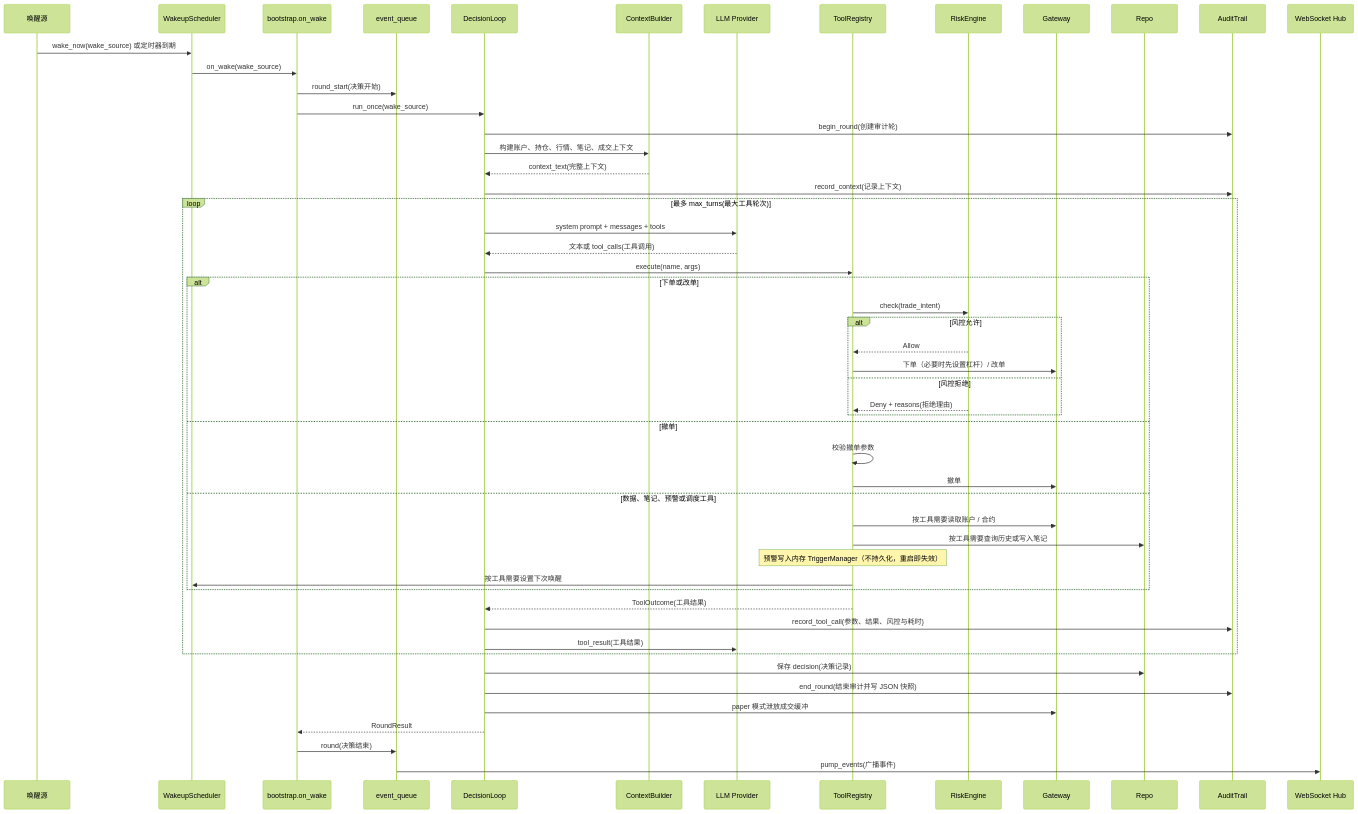
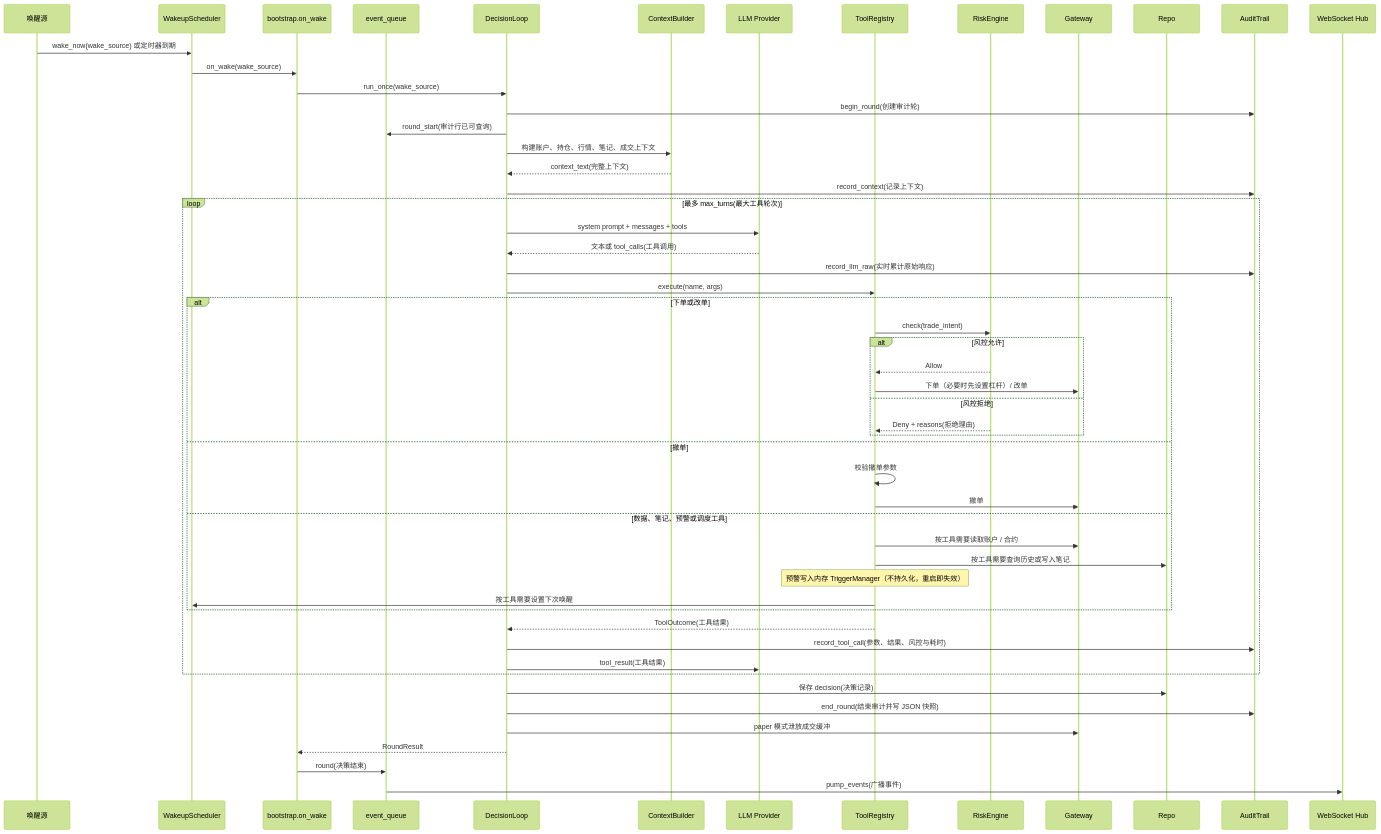
The fifth of 7 diagrams in docs/ARCHITECTURE.md (djfch/llm_transaction), drawn with Mermaid (forest theme) before and after one commit. The commit also changed other lines of this file and 16 other files, not shown here.

````diff
--- a/docs/ARCHITECTURE.md
+++ b/docs/ARCHITECTURE.md
@@ -164,56 +164,57 @@
 ```mermaid
 sequenceDiagram
     participant WakeSource as 唤醒源
     participant Scheduler as WakeupScheduler
     participant Callback as bootstrap.on_wake
     participant Queue as event_queue
     participant Decision as DecisionLoop
     participant Context as ContextBuilder
     participant LLM as LLM Provider
     participant Tools as ToolRegistry
     participant Risk as RiskEngine
     participant Gateway as Gateway
     participant Repo as Repo
     participant Audit as AuditTrail
     participant Hub as WebSocket Hub
 
     WakeSource->>Scheduler: wake_now(wake_source) 或定时器到期
     Scheduler->>Callback: on_wake(wake_source)
-    Callback->>Queue: round_start(决策开始)
     Callback->>Decision: run_once(wake_source)
     Decision->>Audit: begin_round(创建审计轮)
+    Decision->>Queue: round_start(审计行已可查询)
     Decision->>Context: 构建账户、持仓、行情、笔记、成交上下文
     Context-->>Decision: context_text(完整上下文)
     Decision->>Audit: record_context(记录上下文)
     loop 最多 max_turns(最大工具轮次)
         Decision->>LLM: system prompt + messages + tools
         LLM-->>Decision: 文本或 tool_calls(工具调用)
+        Decision->>Audit: record_llm_raw(实时累计原始响应)
         Decision->>Tools: execute(name, args)
         alt 下单或改单
             Tools->>Risk: check(trade_intent)
             alt 风控允许
                 Risk-->>Tools: Allow
                 Tools->>Gateway: 下单（必要时先设置杠杆）/ 改单
             else 风控拒绝
                 Risk-->>Tools: Deny + reasons(拒绝理由)
             end
         else 撤单
             Tools->>Tools: 校验撤单参数
             Tools->>Gateway: 撤单
         else 数据、笔记、预警或调度工具
             Tools->>Gateway: 按工具需要读取账户 / 合约
             Tools->>Repo: 按工具需要查询历史或写入笔记
             Note over Tools: 预警写入内存 TriggerManager（不持久化，重启即失效）
             Tools->>Scheduler: 按工具需要设置下次唤醒
         end
         Tools-->>Decision: ToolOutcome(工具结果)
         Decision->>Audit: record_tool_call(参数、结果、风控与耗时)
         Decision->>LLM: tool_result(工具结果)
     end
     Decision->>Repo: 保存 decision(决策记录)
     Decision->>Audit: end_round(结束审计并写 JSON 快照)
     Decision->>Gateway: paper 模式泄放成交缓冲
     Decision-->>Callback: RoundResult
     Callback->>Queue: round(决策结束)
     Queue->>Hub: pump_events(广播事件)
 ```
````
